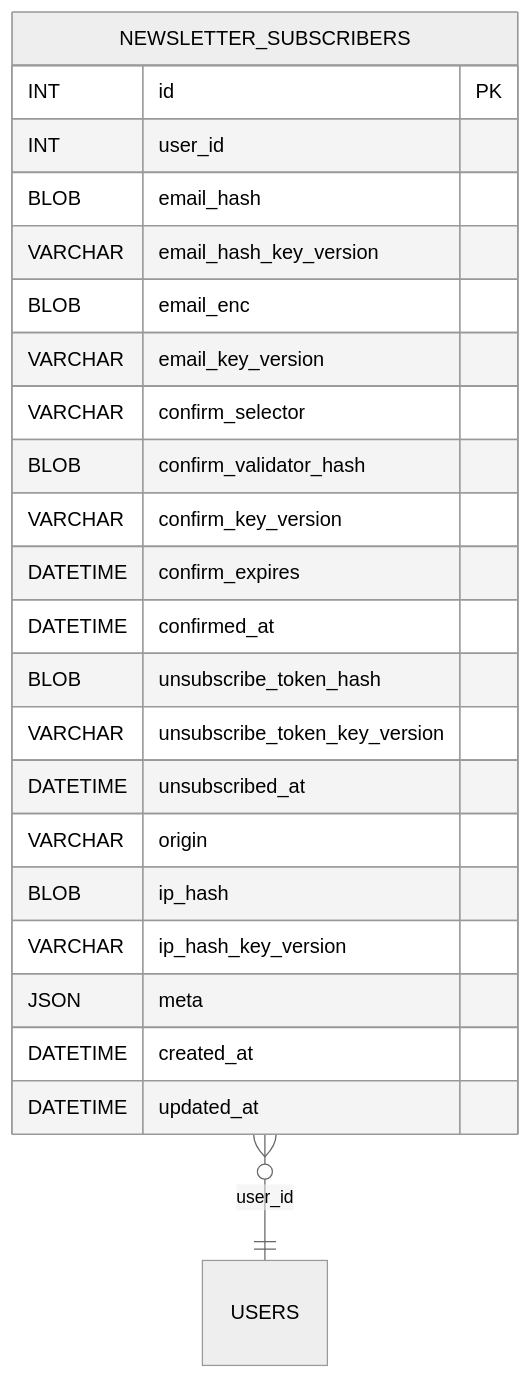
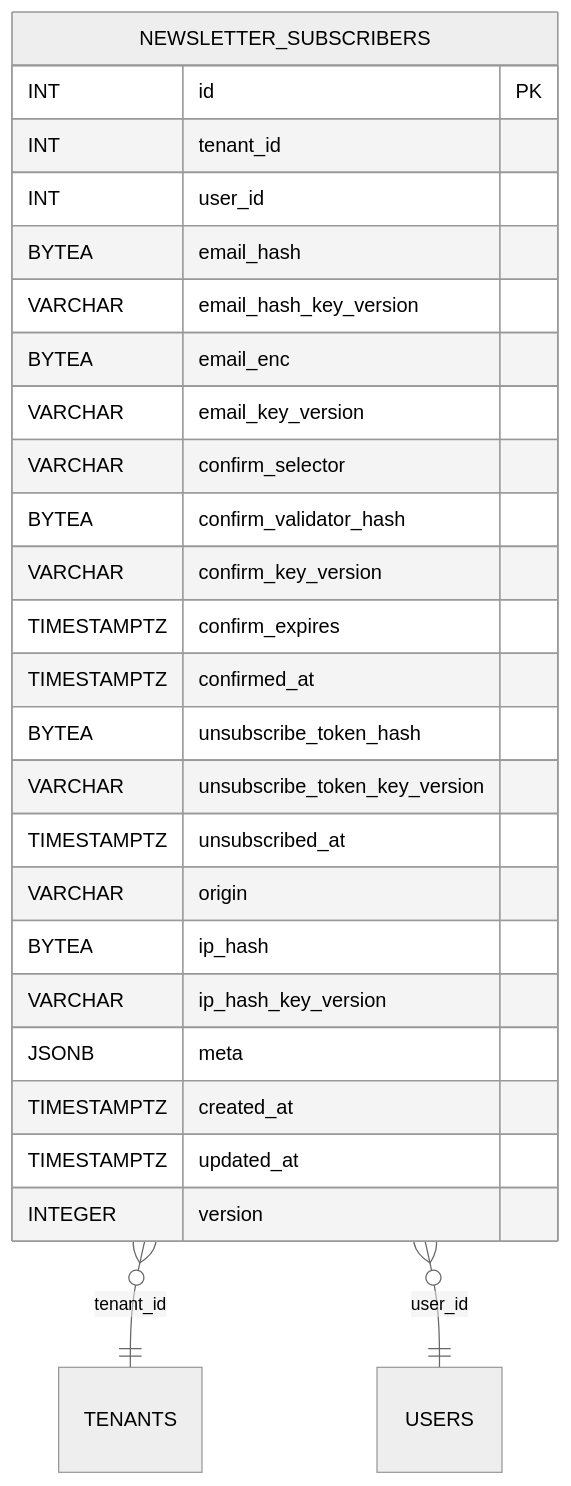
Before and after one commit to blackcatdatabase/table-newsletter-subscribers: the diagram in README.md, drawn with Mermaid (neutral theme). The commit also changed other lines of this file and 21 other files, not shown here.

Commit message:
regen schema (#1)

````diff
--- a/README.md
+++ b/README.md
@@ -66,26 +72,29 @@
 ```mermaid
 erDiagram
   NEWSLETTER_SUBSCRIBERS {
     INT id PK
+    INT tenant_id
     INT user_id
-    BLOB email_hash
+    BYTEA email_hash
     VARCHAR email_hash_key_version
-    BLOB email_enc
+    BYTEA email_enc
     VARCHAR email_key_version
     VARCHAR confirm_selector
-    BLOB confirm_validator_hash
+    BYTEA confirm_validator_hash
     VARCHAR confirm_key_version
-    DATETIME confirm_expires
-    DATETIME confirmed_at
-    BLOB unsubscribe_token_hash
+    TIMESTAMPTZ confirm_expires
+    TIMESTAMPTZ confirmed_at
+    BYTEA unsubscribe_token_hash
     VARCHAR unsubscribe_token_key_version
-    DATETIME unsubscribed_at
+    TIMESTAMPTZ unsubscribed_at
     VARCHAR origin
-    BLOB ip_hash
+    BYTEA ip_hash
     VARCHAR ip_hash_key_version
-    JSON meta
-    DATETIME created_at
-    DATETIME updated_at
+    JSONB meta
+    TIMESTAMPTZ created_at
+    TIMESTAMPTZ updated_at
+    INTEGER version
   }
+  NEWSLETTER_SUBSCRIBERS }o--|| TENANTS : "tenant_id"
   NEWSLETTER_SUBSCRIBERS }o--|| USERS : "user_id"
 ```
````
